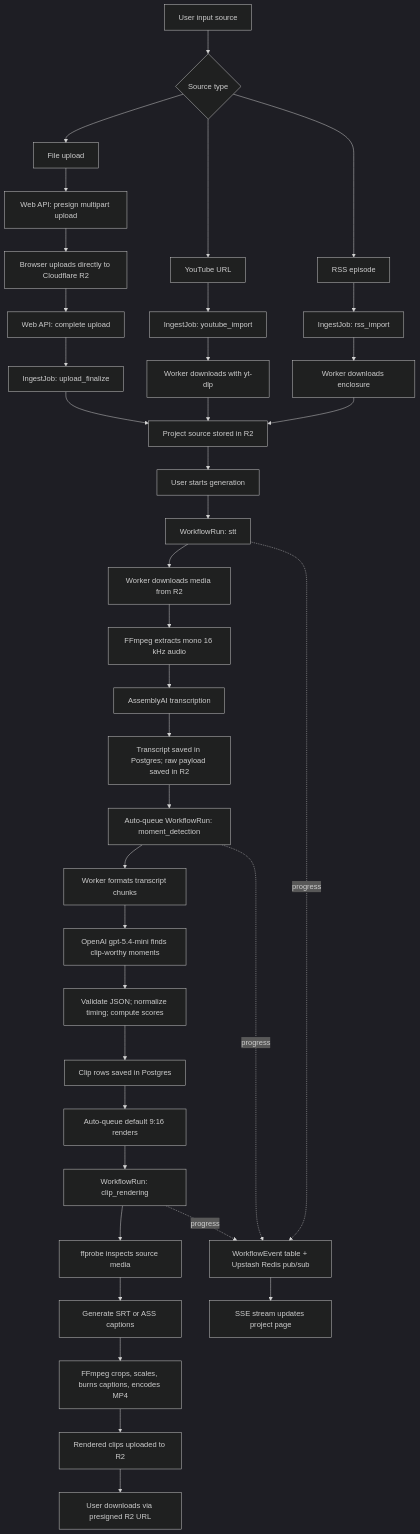
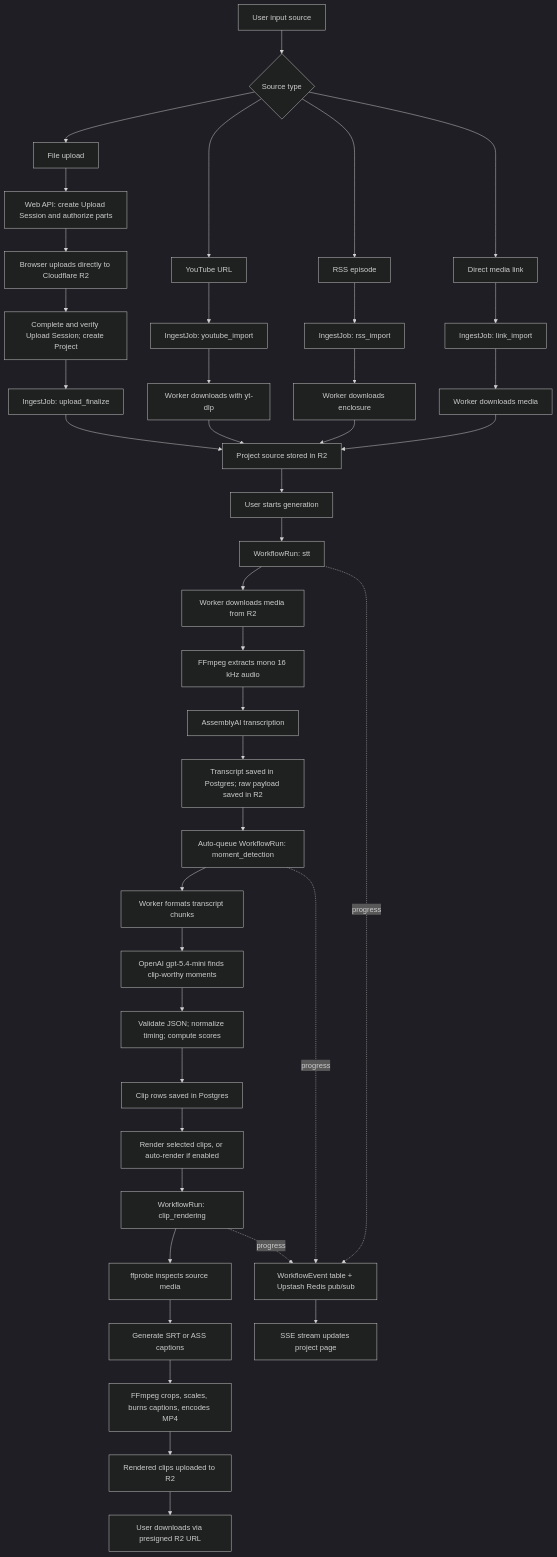
The diagram in README.md (murtaza-ch/narriflow), drawn with Mermaid (dark theme) before and after one commit. The commit also changed other lines of this file and 20 other files, not shown here.

````diff
--- a/README.md
+++ b/README.md
@@ -75,46 +92,50 @@
 ```mermaid
 flowchart TD
   A["User input source"] --> B{"Source type"}
   B --> C["File upload"]
   B --> D["YouTube URL"]
   B --> E["RSS episode"]
+  B --> LL["Direct media link"]
+  LL --> LI["IngestJob: link_import"]
+  LI --> LM["Worker downloads media"]
+  LM --> N
 
-  C --> F["Web API: presign multipart upload"]
+  C --> F["Web API: create Upload Session and authorize parts"]
   F --> G["Browser uploads directly to Cloudflare R2"]
-  G --> H["Web API: complete upload"]
+  G --> H["Complete and verify Upload Session; create Project"]
   H --> I["IngestJob: upload_finalize"]
 
   D --> J["IngestJob: youtube_import"]
   J --> K["Worker downloads with yt-dlp"]
   E --> L["IngestJob: rss_import"]
   L --> M["Worker downloads enclosure"]
 
   I --> N["Project source stored in R2"]
   K --> N
   M --> N
 
   N --> O["User starts generation"]
   O --> P["WorkflowRun: stt"]
   P --> Q["Worker downloads media from R2"]
   Q --> R["FFmpeg extracts mono 16 kHz audio"]
   R --> S["AssemblyAI transcription"]
   S --> T["Transcript saved in Postgres; raw payload saved in R2"]
 
   T --> U["Auto-queue WorkflowRun: moment_detection"]
   U --> V["Worker formats transcript chunks"]
   V --> W["OpenAI gpt-5.4-mini finds clip-worthy moments"]
   W --> X["Validate JSON; normalize timing; compute scores"]
   X --> Y["Clip rows saved in Postgres"]
-  Y --> Z["Auto-queue default 9:16 renders"]
+  Y --> Z["Render selected clips, or auto-render if enabled"]
   Z --> AA["WorkflowRun: clip_rendering"]
   AA --> AB["ffprobe inspects source media"]
   AB --> AC["Generate SRT or ASS captions"]
   AC --> AD["FFmpeg crops, scales, burns captions, encodes MP4"]
   AD --> AE["Rendered clips uploaded to R2"]
   AE --> AF["User downloads via presigned R2 URL"]
 
   P -.progress.-> GG["WorkflowEvent table + Upstash Redis pub/sub"]
   U -.progress.-> GG
   AA -.progress.-> GG
   GG --> HH["SSE stream updates project page"]
 ```
````
